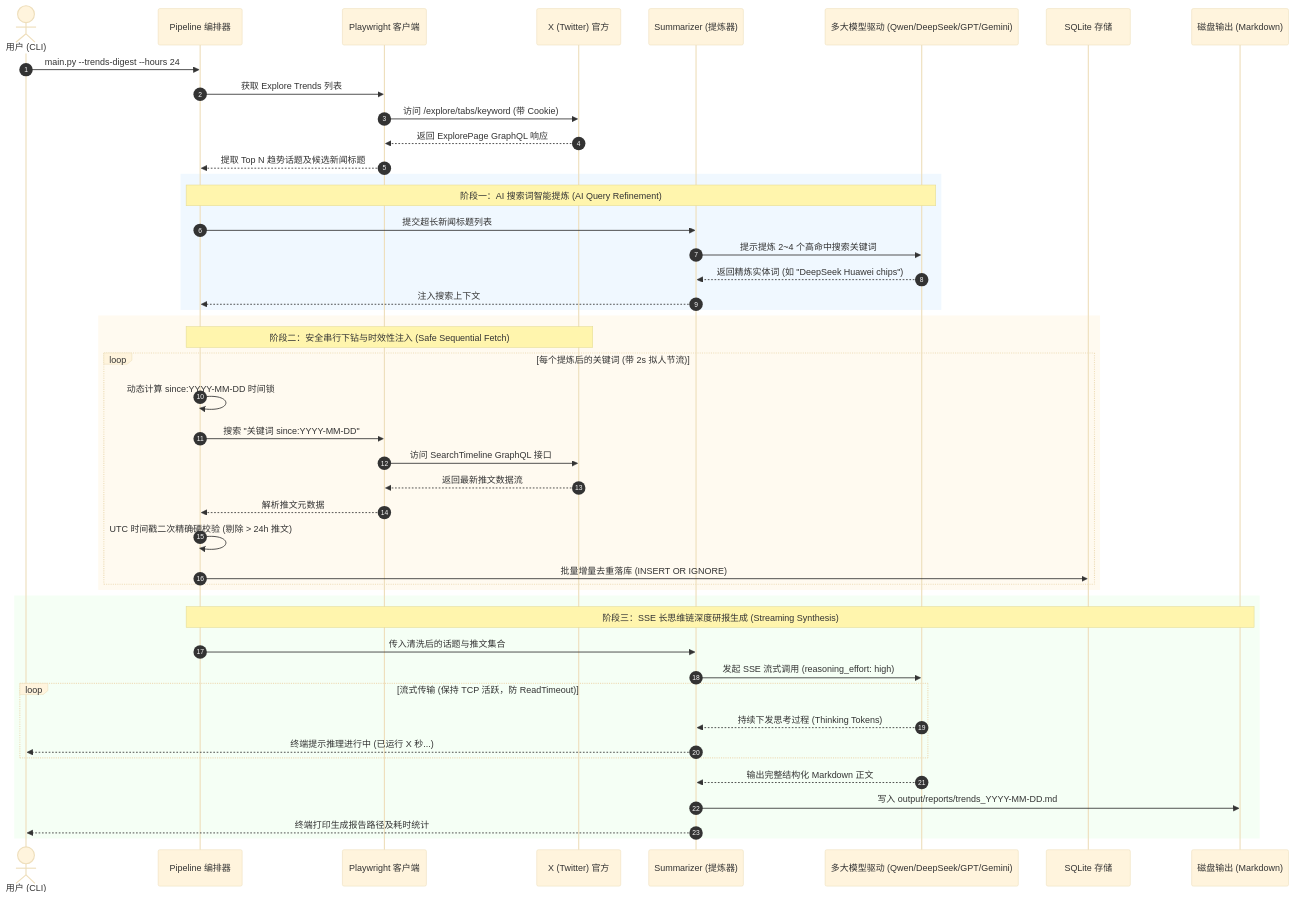
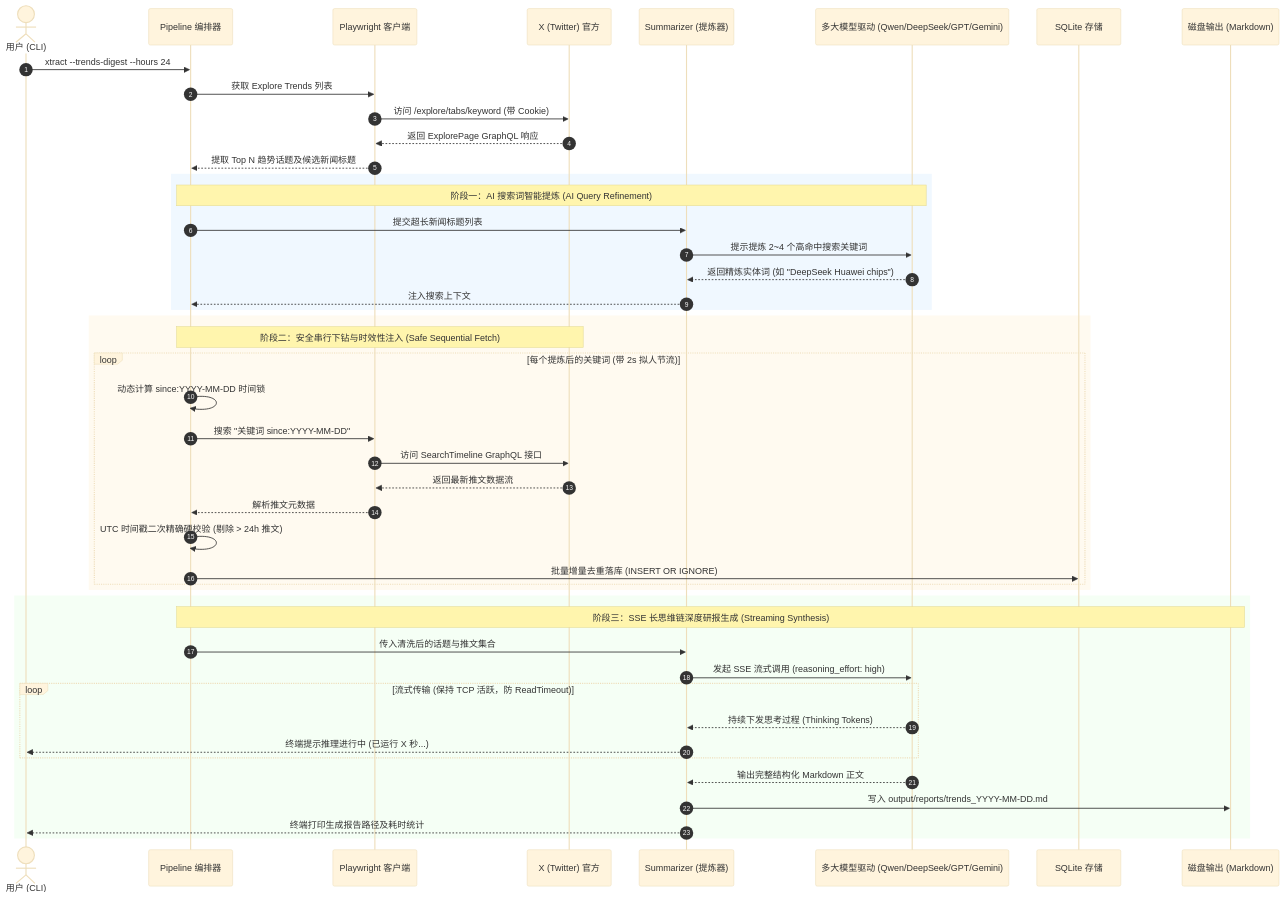
The second of 3 diagrams in docs/architecture.md (monkeychen/xtract), drawn with Mermaid (base theme) before and after one commit. The commit also changed other lines of this file and 9 other files, not shown here.

Commit message:
docs: purge all python references and standardize documentation on typescript/node architecture

````diff
--- a/docs/architecture.md
+++ b/docs/architecture.md
@@ -96,52 +96,52 @@
 ```mermaid
 sequenceDiagram
     autonumber
     actor User as 用户 (CLI)
     participant Pipe as Pipeline 编排器
     participant Client as Playwright 客户端
     participant X as X (Twitter) 官方
     participant Sum as Summarizer (提炼器)
     participant LLM as 多大模型驱动 (Qwen/DeepSeek/GPT/Gemini)
     participant DB as SQLite 存储
     participant FS as 磁盘输出 (Markdown)
 
-    User->>Pipe: main.py --trends-digest --hours 24
+    User->>Pipe: xtract --trends-digest --hours 24
     Pipe->>Client: 获取 Explore Trends 列表
     Client->>X: 访问 /explore/tabs/keyword (带 Cookie)
     X-->>Client: 返回 ExplorePage GraphQL 响应
     Client-->>Pipe: 提取 Top N 趋势话题及候选新闻标题
     
     rect rgb(240, 248, 255)
         note over Pipe,LLM: 阶段一：AI 搜索词智能提炼 (AI Query Refinement)
         Pipe->>Sum: 提交超长新闻标题列表
         Sum->>LLM: 提示提炼 2~4 个高命中搜索关键词
         LLM-->>Sum: 返回精炼实体词 (如 "DeepSeek Huawei chips")
         Sum-->>Pipe: 注入搜索上下文
     end
 
     rect rgb(255, 250, 240)
         note over Pipe,X: 阶段二：安全串行下钻与时效性注入 (Safe Sequential Fetch)
         loop 每个提炼后的关键词 (带 2s 拟人节流)
             Pipe->>Pipe: 动态计算 since:YYYY-MM-DD 时间锁
             Pipe->>Client: 搜索 "关键词 since:YYYY-MM-DD"
             Client->>X: 访问 SearchTimeline GraphQL 接口
             X-->>Client: 返回最新推文数据流
             Client-->>Pipe: 解析推文元数据
             Pipe->>Pipe: UTC 时间戳二次精确硬校验 (剔除 > 24h 推文)
             Pipe->>DB: 批量增量去重落库 (INSERT OR IGNORE)
         end
     end
 
     rect rgb(245, 255, 245)
         note over Pipe,FS: 阶段三：SSE 长思维链深度研报生成 (Streaming Synthesis)
         Pipe->>Sum: 传入清洗后的话题与推文集合
         Sum->>LLM: 发起 SSE 流式调用 (reasoning_effort: high)
         loop 流式传输 (保持 TCP 活跃，防 ReadTimeout)
             LLM-->>Sum: 持续下发思考过程 (Thinking Tokens)
             Sum-->>User: 终端提示推理进行中 (已运行 X 秒...)
         end
         LLM-->>Sum: 输出完整结构化 Markdown 正文
         Sum->>FS: 写入 output/reports/trends_YYYY-MM-DD.md
         Sum-->>User: 终端打印生成报告路径及耗时统计
     end
 ```
````
